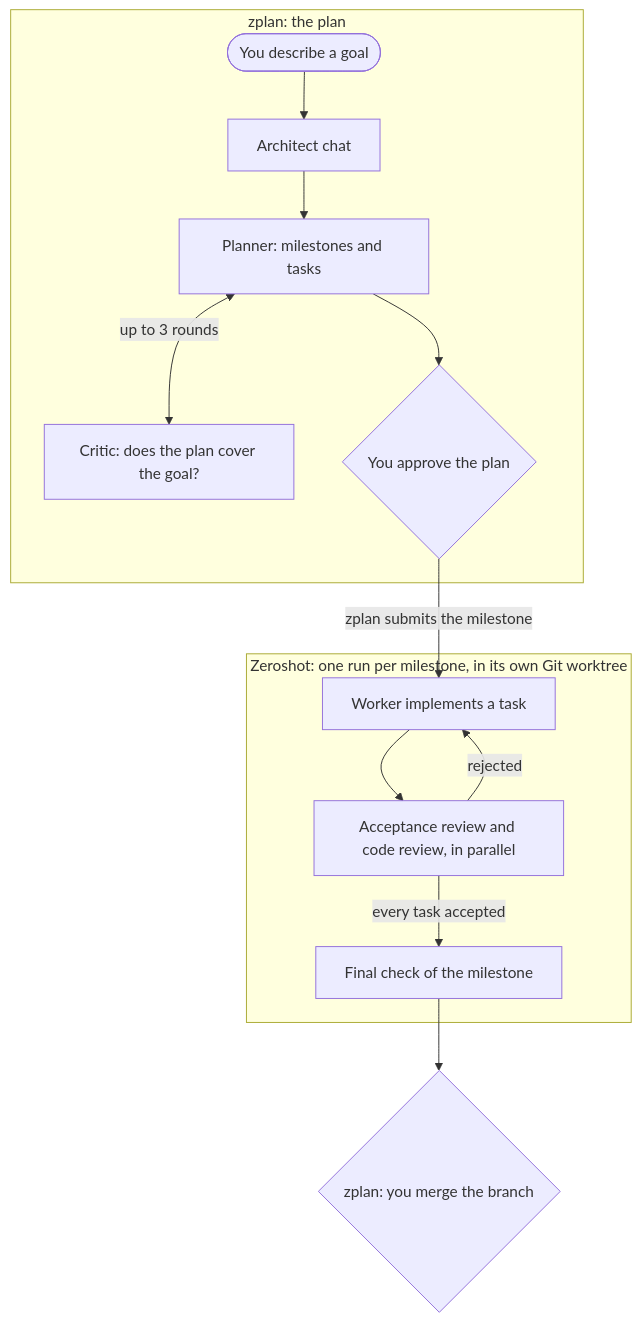
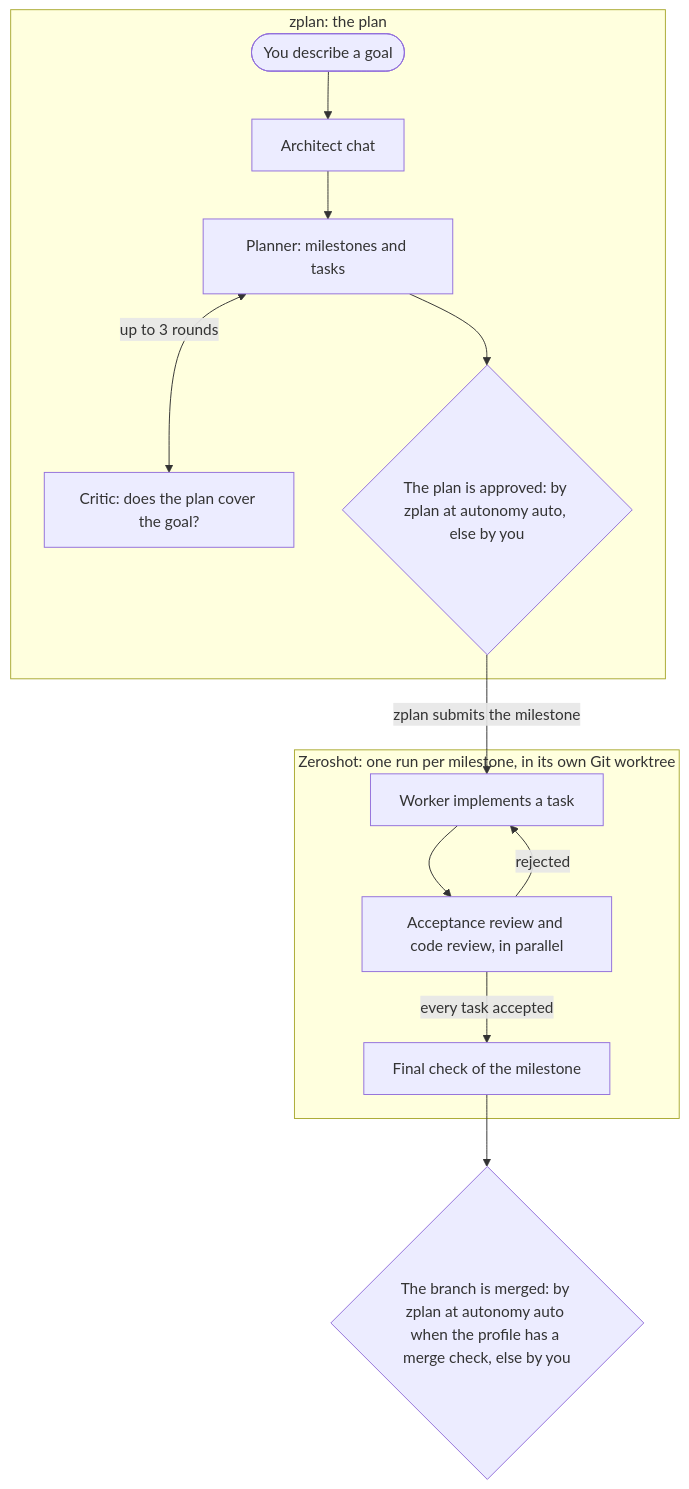
The diagram in README.md (pinkynail228/zeroplan), drawn with Mermaid before and after one commit. The commit also changed other lines of this file and 168 other files, not shown here.

````diff
--- a/README.md
+++ b/README.md
@@ -41,16 +41,16 @@
 ```mermaid
 flowchart TD
   subgraph P [zplan: the plan]
     A([You describe a goal]) --> B[Architect chat]
     B --> C[Planner: milestones and tasks]
     C <-->|up to 3 rounds| D[Critic: does the plan cover the goal?]
-    C --> E{You approve the plan}
+    C --> E{The plan is approved: by zplan at autonomy auto, else by you}
   end
   subgraph Z [Zeroshot: one run per milestone, in its own Git worktree]
     G[Worker implements a task] --> H[Acceptance review and code review, in parallel]
     H -->|rejected| G
     H -->|every task accepted| I[Final check of the milestone]
   end
   E -->|zplan submits the milestone| G
-  I --> J{zplan: you merge the branch}
+  I --> J{The branch is merged: by zplan at autonomy auto when the profile has a merge check, else by you}
 ```
````
